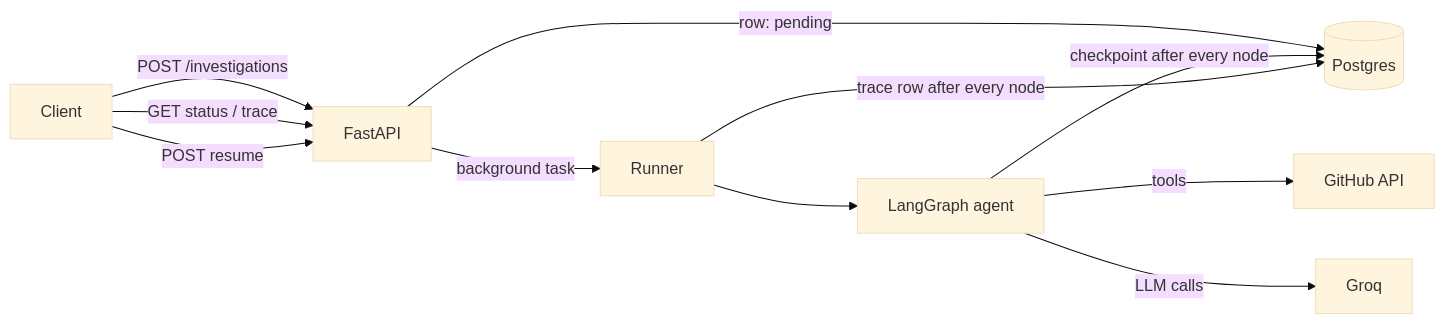
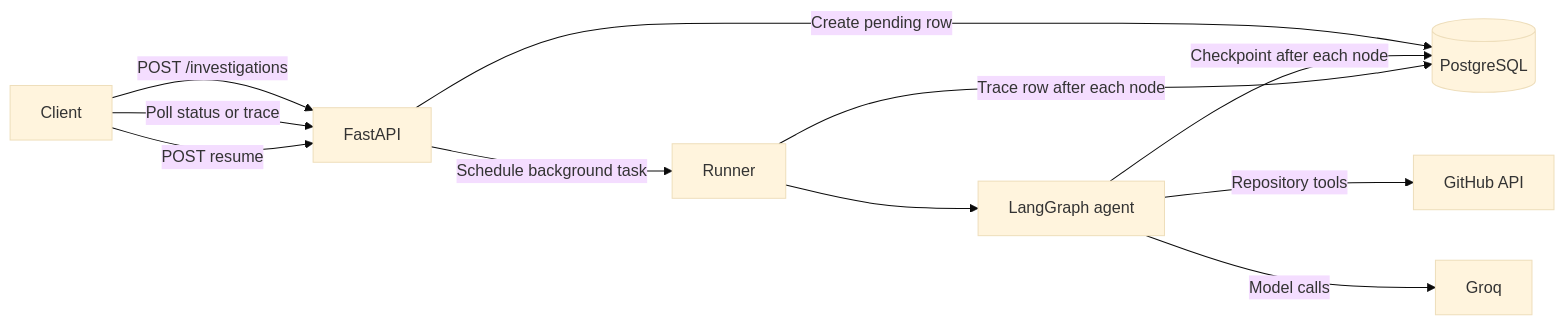
One commit to TahaY291/repo_analyzer_agent changed the first of 2 diagrams in README.md. Above: the diagram before and after it, drawn with Mermaid (base theme). The commit also changed other lines of this file, not shown here.

````diff
--- a/README.md
+++ b/README.md
@@ -17,13 +21,13 @@
 ```mermaid
 flowchart LR
     C[Client] -->|POST /investigations| API[FastAPI]
-    API -->|row: pending| DB[(Postgres)]
-    API -->|background task| RUN[Runner]
+    API -->|Create pending row| DB[(PostgreSQL)]
+    API -->|Schedule background task| RUN[Runner]
     RUN --> AG[LangGraph agent]
-    AG -->|checkpoint after every node| DB
-    RUN -->|trace row after every node| DB
-    AG -->|tools| GH[GitHub API]
-    AG -->|LLM calls| LLM[Groq]
-    C -->|GET status / trace| API
+    AG -->|Checkpoint after each node| DB
+    RUN -->|Trace row after each node| DB
+    AG -->|Repository tools| GH[GitHub API]
+    AG -->|Model calls| LLM[Groq]
+    C -->|Poll status or trace| API
     C -->|POST resume| API
 ```
````
